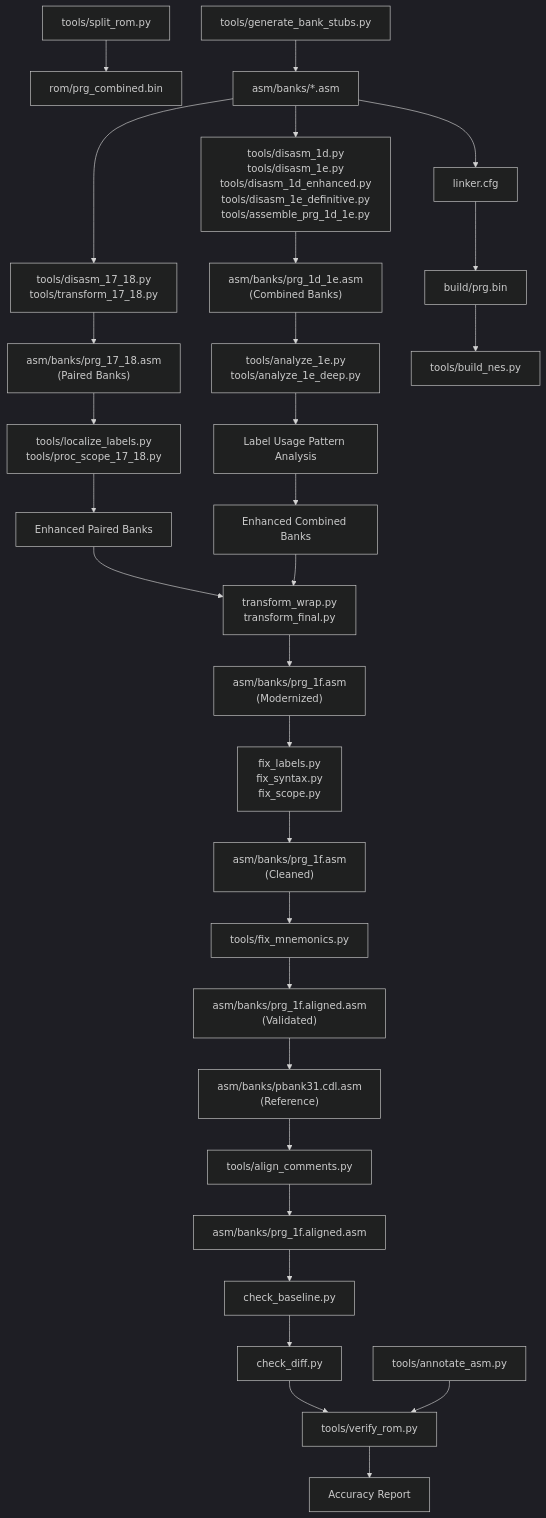
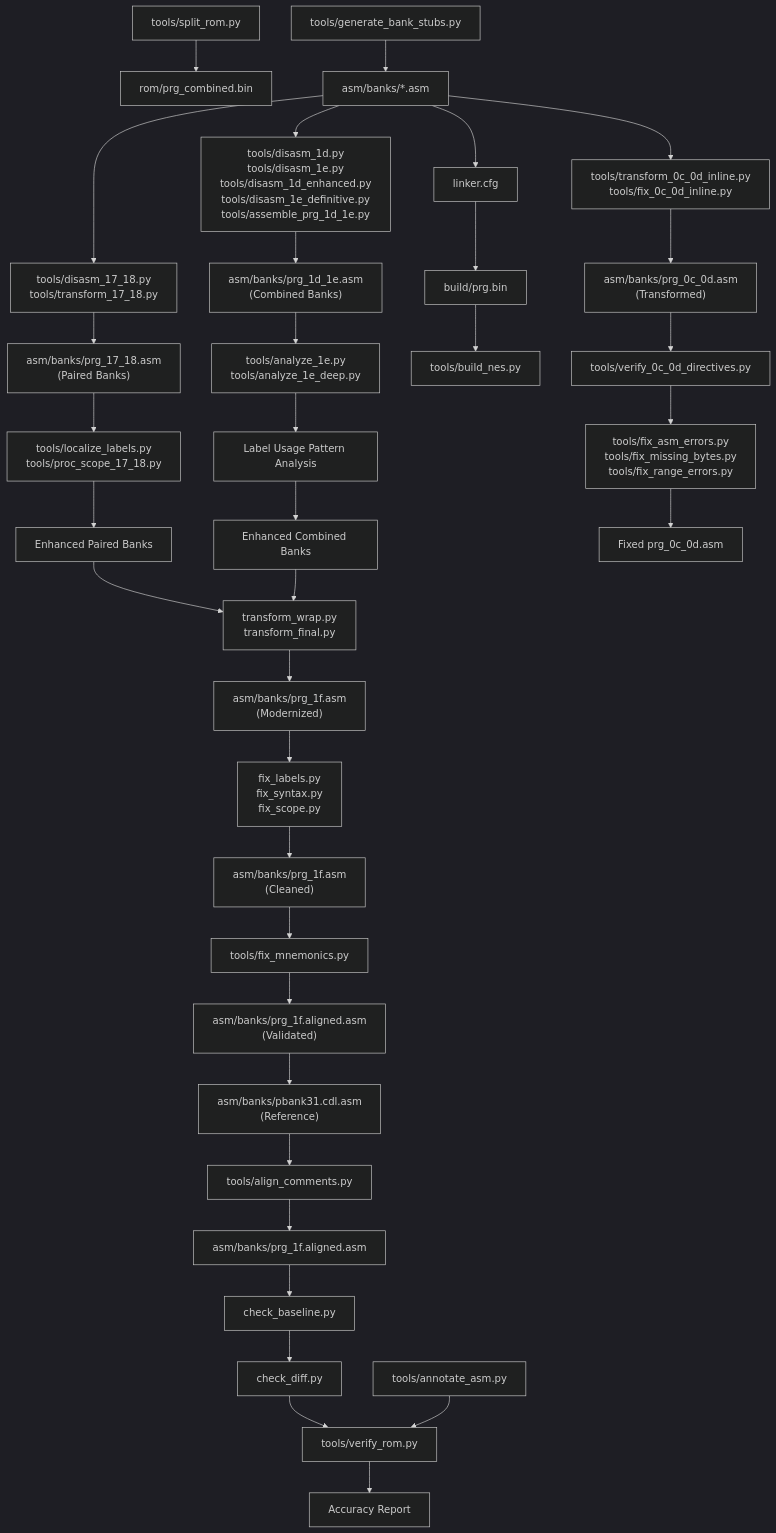
One commit to rabbyzero/sango2dasm changed the eighth of 8 diagrams in .qoder/repowiki/en/content/Disassembly Workflow/Disassembly Workflow.md. Above: the diagram before and after it, drawn with Mermaid (dark theme). The commit also changed other lines of this file and 11 other files, not shown here.

````diff
--- a/.qoder/repowiki/en/content/Disassembly Workflow/Disassembly Workflow.md
+++ b/.qoder/repowiki/en/content/Disassembly Workflow/Disassembly Workflow.md
@@ -753,32 +829,37 @@
 ```mermaid
 graph TB
 SPLIT["tools/split_rom.py"] --> BIN["rom/prg_combined.bin"]
 STUB["tools/generate_bank_stubs.py"] --> ASM["asm/banks/*.asm"]
 ASM --> DIS1718["tools/disasm_17_18.py<br/>tools/transform_17_18.py"]
 DIS1718 --> PAIR["asm/banks/prg_17_18.asm<br/>(Paired Banks)"]
 PAIR --> LABEL1718["tools/localize_labels.py<br/>tools/proc_scope_17_18.py"]
 LABEL1718 --> PAIR_ENHANCED["Enhanced Paired Banks"]
 ASM --> DIS1D1E["tools/disasm_1d.py<br/>tools/disasm_1e.py<br/>tools/disasm_1d_enhanced.py<br/>tools/disasm_1e_definitive.py<br/>tools/assemble_prg_1d_1e.py"]
 DIS1D1E --> COMB["asm/banks/prg_1d_1e.asm<br/>(Combined Banks)"]
 COMB --> ANALYZE1E["tools/analyze_1e.py<br/>tools/analyze_1e_deep.py"]
 ANALYZE1E --> LABEL1D1E["Label Usage Pattern Analysis"]
 LABEL1D1E --> COMB_ENHANCED["Enhanced Combined Banks"]
 PAIR_ENHANCED --> TRANS["transform_wrap.py<br/>transform_final.py"]
 COMB_ENHANCED --> TRANS
 TRANS --> MOD["asm/banks/prg_1f.asm<br/>(Modernized)"]
 MOD --> FIX["fix_labels.py<br/>fix_syntax.py<br/>fix_scope.py"]
 FIX --> CLEAN["asm/banks/prg_1f.asm<br/>(Cleaned)"]
 CLEAN --> REF["tools/fix_mnemonics.py"]
 REF --> VALID["asm/banks/prg_1f.aligned.asm<br/>(Validated)"]
 VALID --> CDL["asm/banks/pbank31.cdl.asm<br/>(Reference)"]
 CDL --> ALIGN["tools/align_comments.py"]
 ALIGN --> ALIGNED["asm/banks/prg_1f.aligned.asm"]
 ALIGNED --> BASE["check_baseline.py"]
 BASE --> DIFF["check_diff.py"]
 DIFF --> VERIFY["tools/verify_rom.py"]
 VERIFY --> ACC["Accuracy Report"]
 ASM --> LINK["linker.cfg"]
 LINK --> OBJ["build/prg.bin"]
 OBJ --> NES["tools/build_nes.py"]
 ANNO["tools/annotate_asm.py"] --> VERIFY
+ASM --> INLINE["tools/transform_0c_0d_inline.py<br/>tools/fix_0c_0d_inline.py"]
+INLINE --> FIXED0C0D["asm/banks/prg_0c_0d.asm<br/>(Transformed)"]
+FIXED0C0D --> VERIFY0C0D["tools/verify_0c_0d_directives.py"]
+VERIFY0C0D --> ERRORS["tools/fix_asm_errors.py<br/>tools/fix_missing_bytes.py<br/>tools/fix_range_errors.py"]
+ERRORS --> FINAL0C0D["Fixed prg_0c_0d.asm"]
 ```
````
